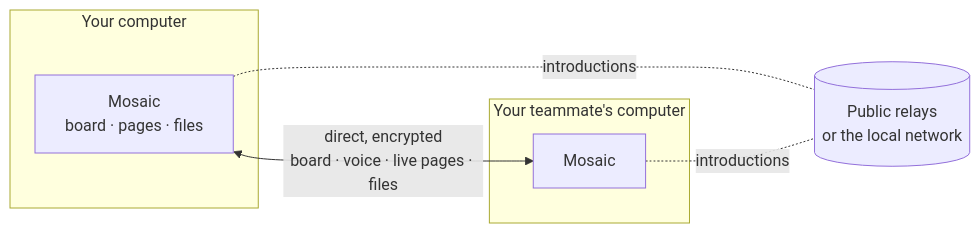
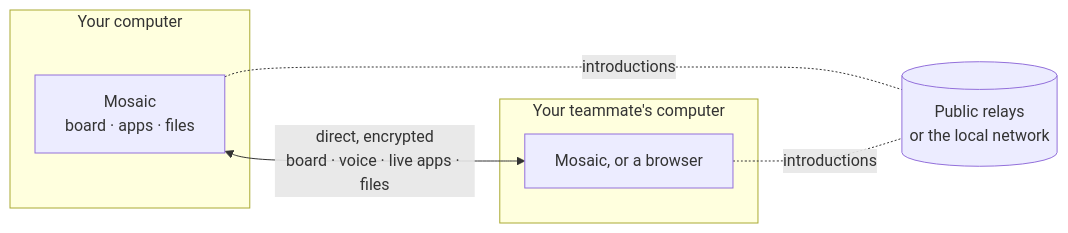
One commit to canikatik-rgb/mosaic-updater changed the diagram in README.md. Above: the diagram before and after it, drawn with Mermaid. The commit also changed other lines of this file, not shown here.

Commit message:
README: Mosaic as it is now (desktop apps, rooms, meetings from a link, handing over a page or app, Mosaic Server, Free and Pro)

````diff
--- a/README.md
+++ b/README.md
@@ -79,12 +86,12 @@
 ```mermaid
 flowchart LR
     subgraph A["Your computer"]
-        UA["Mosaic<br/>board · pages · files"]
+        UA["Mosaic<br/>board · apps · files"]
     end
     subgraph B["Your teammate's computer"]
-        UB["Mosaic"]
+        UB["Mosaic, or a browser"]
     end
-    UA <-- "direct, encrypted<br/>board · voice · live pages · files" --> UB
+    UA <-- "direct, encrypted<br/>board · voice · live apps · files" --> UB
     UA -. introductions .- R[("Public relays<br/>or the local network")]
     UB -. introductions .- R
 ```
````
